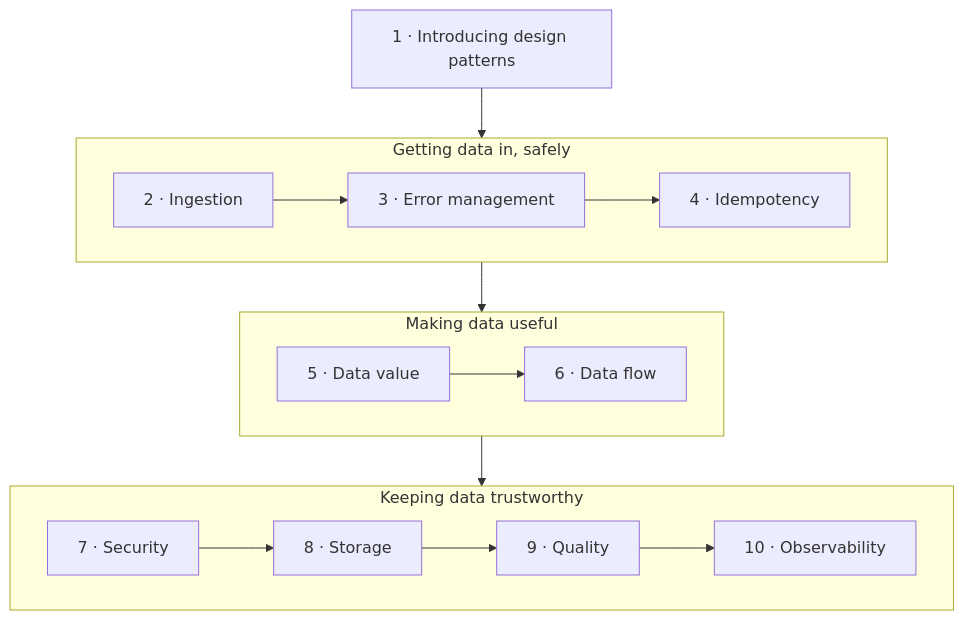
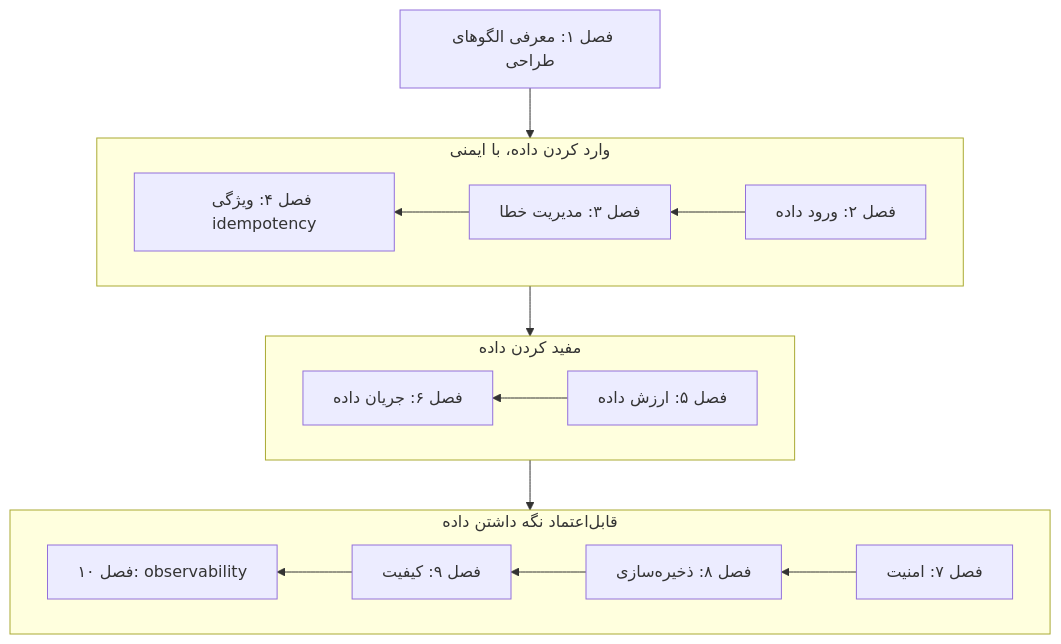
One commit to AlirezaHanifi/knowledge-vault changed the diagram in books/data-engineering-design-patterns/README.md. Above: the diagram before and after it, drawn with Mermaid. The commit also changed other lines of this file and 35 other files, not shown here.

First line of the commit message:
feat: Data Engineering Design Patterns in Persian, with In practice callouts and a framework

````diff
--- a/books/data-engineering-design-patterns/README.md
+++ b/books/data-engineering-design-patterns/README.md
@@ -38,17 +39,17 @@
 ```mermaid
 flowchart TB
-    C1["1 · Introducing design patterns"] --> G1
-    subgraph G1["Getting data in, safely"]
-      direction LR
-      C2["2 · Ingestion"] --> C3["3 · Error management"] --> C4["4 · Idempotency"]
+    C1["فصل ۱: معرفی الگوهای طراحی"] --> G1
+    subgraph G1["وارد کردن داده، با ایمنی"]
+      direction RL
+      C2["فصل ۲: ورود داده"] --> C3["فصل ۳: مدیریت خطا"] --> C4["فصل ۴: ویژگی idempotency"]
     end
-    subgraph G2["Making data useful"]
-      direction LR
-      C5["5 · Data value"] --> C6["6 · Data flow"]
+    subgraph G2["مفید کردن داده"]
+      direction RL
+      C5["فصل ۵: ارزش داده"] --> C6["فصل ۶: جریان داده"]
     end
-    subgraph G3["Keeping data trustworthy"]
-      direction LR
-      C7["7 · Security"] --> C8["8 · Storage"] --> C9["9 · Quality"] --> C10["10 · Observability"]
+    subgraph G3["قابل‌اعتماد نگه داشتن داده"]
+      direction RL
+      C7["فصل ۷: امنیت"] --> C8["فصل ۸: ذخیره‌سازی"] --> C9["فصل ۹: کیفیت"] --> C10["فصل ۱۰: observability"]
     end
     G1 --> G2 --> G3
 ```
````
